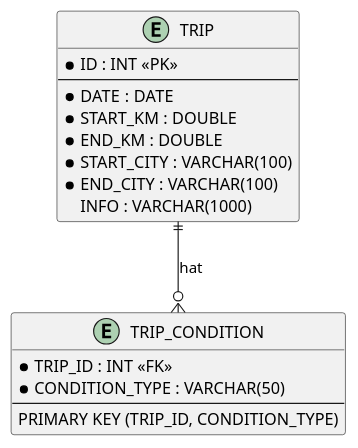
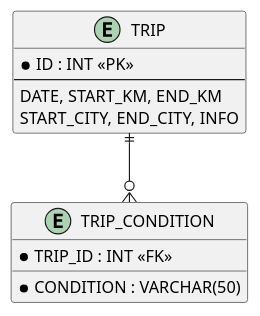
One commit to JBrunnerhtl/Driving_Tracker_Java_Docs changed the third of 3 diagrams in asciidocs/slides/presentation.adoc. Above: the diagram before and after it, drawn with PlantUML. The commit also changed other lines of this file and 2 other files, not shown here.

Commit message:
fixed useCase diagram and presentation.adoc

```diff
--- a/asciidocs/slides/presentation.adoc
+++ b/asciidocs/slides/presentation.adoc
@@ -210,26 +173,20 @@
-[plantuml, erd, svg]
+[plantuml, erd, svg, width=90%, height=400]
 ----
 @startuml DrivingTracker_ERD
 
 entity TRIP {
     * ID : INT <<PK>>
     ---
-    * DATE : DATE
-    * START_KM : DOUBLE
-    * END_KM : DOUBLE
-    * START_CITY : VARCHAR(100)
-    * END_CITY : VARCHAR(100)
-    INFO : VARCHAR(1000)
+    DATE, START_KM, END_KM
+    START_CITY, END_CITY, INFO
 }
 
 entity TRIP_CONDITION {
     * TRIP_ID : INT <<FK>>
-    * CONDITION_TYPE : VARCHAR(50)
-    ---
-    PRIMARY KEY (TRIP_ID, CONDITION_TYPE)
+    * CONDITION : VARCHAR(50)
 }
 
-TRIP ||--o{ TRIP_CONDITION : hat
+TRIP ||--o{ TRIP_CONDITION
 
 @enduml
 ----
```
